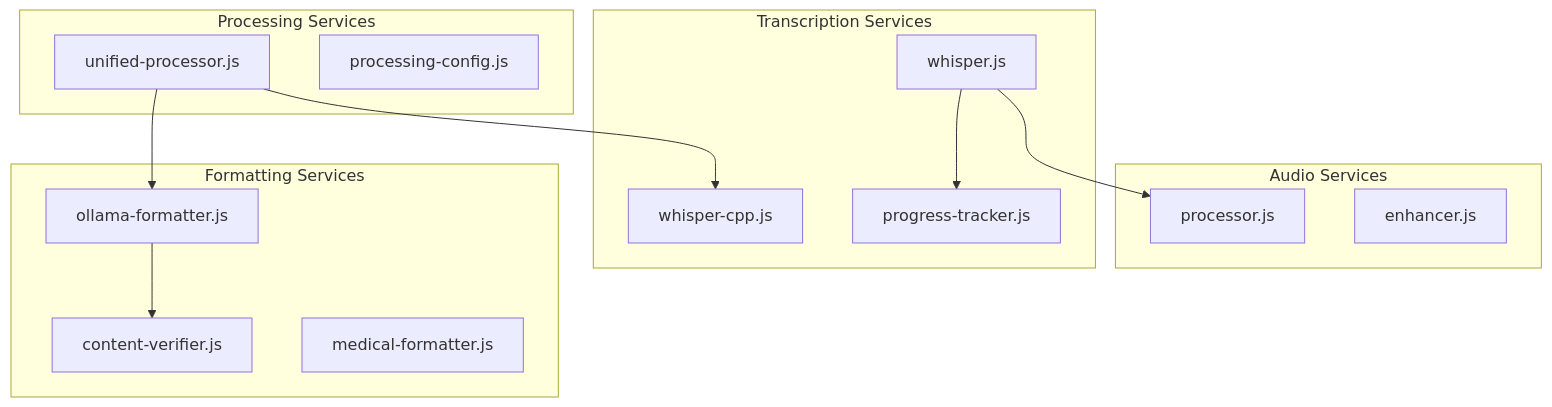
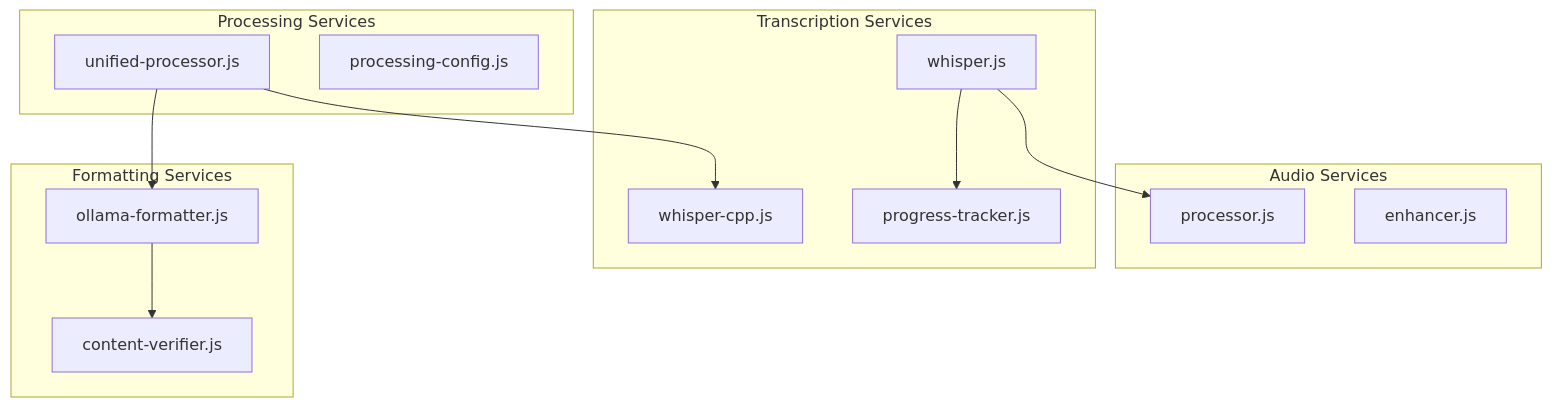
Before and after one commit to marchatton/doctor-dictate: the fourth of 8 diagrams in docs/design/system-architecture.md, drawn with Mermaid. The commit also changed other lines of this file and 5 other files, not shown here.

First line of the commit message:
refactor: Simplify architecture by removing medical-formatter layer

````diff
--- a/docs/design/system-architecture.md
+++ b/docs/design/system-architecture.md
@@ -125,30 +119,29 @@
 ```mermaid
 graph TB
     subgraph "Audio Services"
         AudioProcessor[processor.js]
         AudioEnhancer[enhancer.js]
     end
 
     subgraph "Transcription Services"
         WhisperTranscriber[whisper.js]
         WhisperCpp[whisper-cpp.js]
         ProgressTracker[progress-tracker.js]
     end
 
     subgraph "Formatting Services"
         OllamaFormatter[ollama-formatter.js]
         ContentVerifier[content-verifier.js]
-        MedicalFormatter[medical-formatter.js]
     end
 
     subgraph "Processing Services"
         UnifiedProcessor[unified-processor.js]
         ProcessingConfig[processing-config.js]
     end
 
     UnifiedProcessor --> WhisperCpp
     UnifiedProcessor --> OllamaFormatter
     WhisperTranscriber --> AudioProcessor
     WhisperTranscriber --> ProgressTracker
     OllamaFormatter --> ContentVerifier
 ```
````
